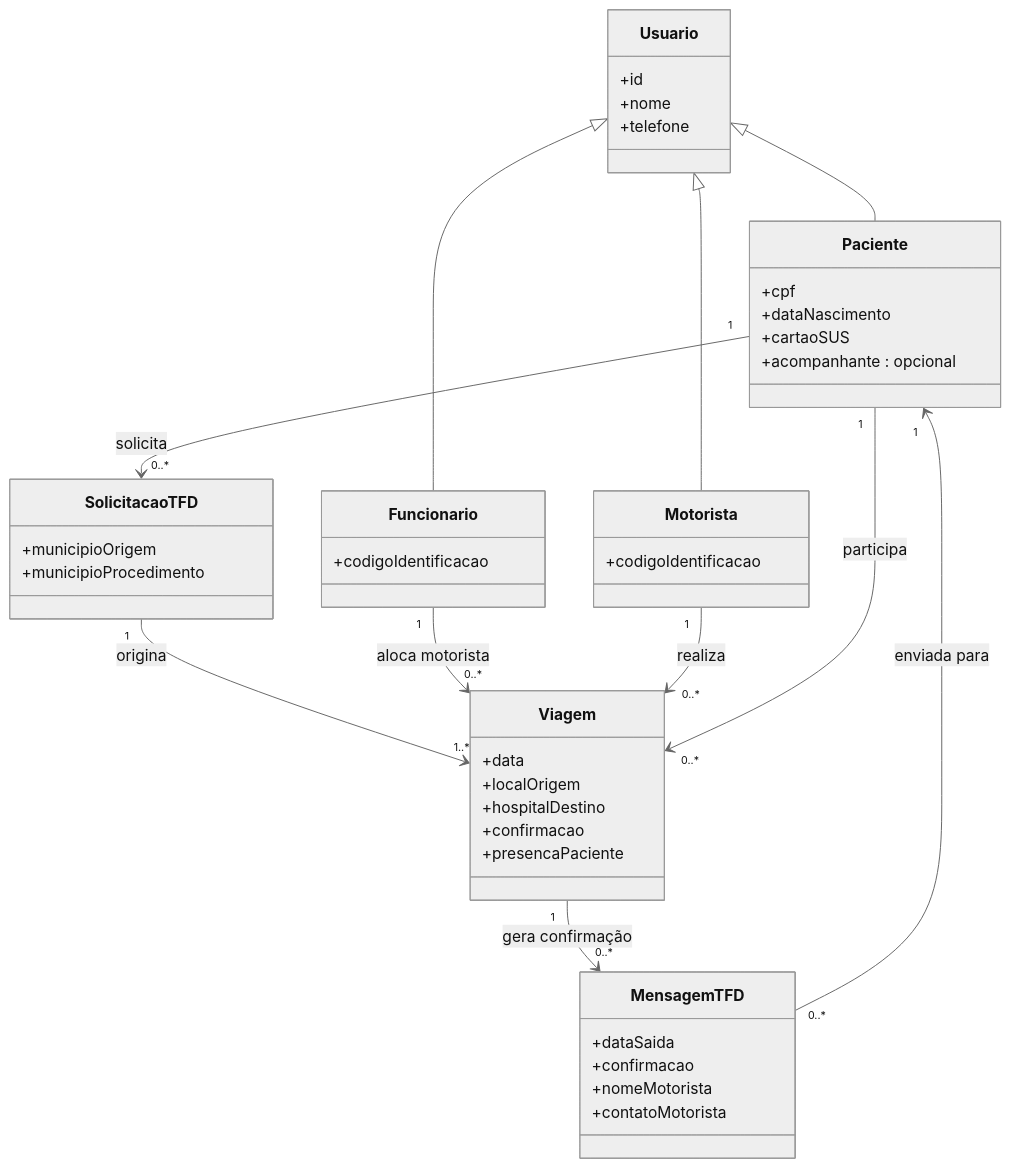
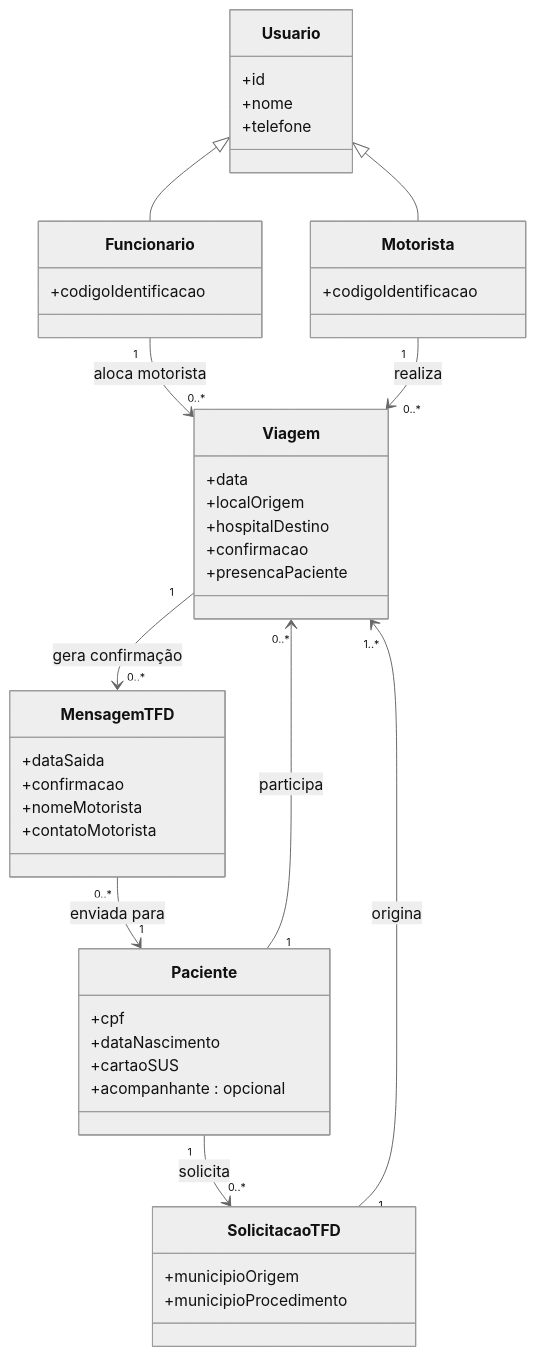
One commit to LhuannyLima/conecta_saude- changed the diagram in docs/diagrama-de-classes.md. Above: the diagram before and after it, drawn with Mermaid (neutral theme).

````diff
--- a/docs/diagrama-de-classes.md
+++ b/docs/diagrama-de-classes.md
@@ -5,56 +5,55 @@
 ```mermaid
 classDiagram
     class Usuario {
         +id
         +nome
         +telefone
     }
 
     class Paciente {
         +cpf
         +dataNascimento
         +cartaoSUS
         +acompanhante : opcional
     }
 
     class Motorista {
         +codigoIdentificacao
     }
 
     class Funcionario {
         +codigoIdentificacao
     }
 
 
     class SolicitacaoTFD {
         +municipioOrigem
         +municipioProcedimento
     }
 
     class Viagem {
         +data
         +localOrigem
         +hospitalDestino
         +confirmacao
         +presencaPaciente
     }
 
     class MensagemTFD {
         +dataSaida
         +confirmacao
         +nomeMotorista
         +contatoMotorista
     }
 
-    Usuario <|-- Paciente
     Usuario <|-- Motorista
     Usuario <|-- Funcionario
 
     Paciente "1" --> "0..*" SolicitacaoTFD : solicita
     SolicitacaoTFD "1" --> "1..*" Viagem : origina
     Funcionario "1" --> "0..*" Viagem : aloca motorista
     Motorista "1" --> "0..*" Viagem : realiza
     Paciente "1" --> "0..*" Viagem : participa
     Viagem "1" --> "0..*" MensagemTFD : gera confirmação
     MensagemTFD "0..*" --> "1" Paciente : enviada para
 ```
````
